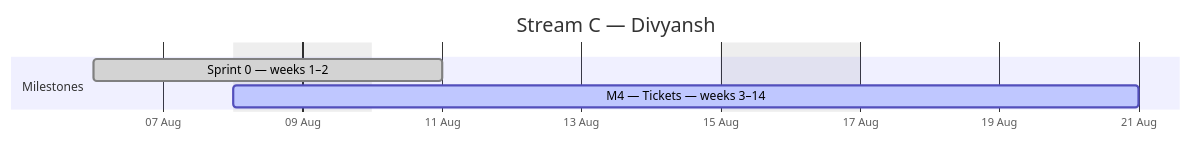
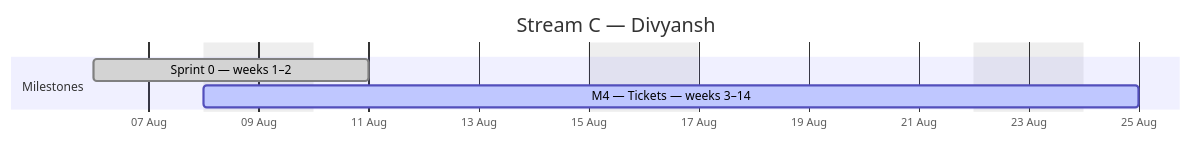
One commit to debashisedunext/EduTrack changed the third of 4 diagrams in docs/plan/GANTT.md. Above: the diagram before and after it, drawn with Mermaid. The commit also changed other lines of this file and 2 other files, not shown here.

````diff
--- a/docs/plan/GANTT.md
+++ b/docs/plan/GANTT.md
@@ -115,10 +105,10 @@
 ```mermaid
 gantt
     dateFormat YYYY-MM-DD
     axisFormat %d %b
     title Stream C — Divyansh
     excludes weekends
     section Milestones
     Sprint 0 — weeks 1–2 :done, c0, 2026-08-06, 3d
-    M4 — Tickets — weeks 3–14 :active, c1, 2026-08-08, 10d
+    M4 — Tickets — weeks 3–14 :active, c1, 2026-08-08, 12d
 ```
````
